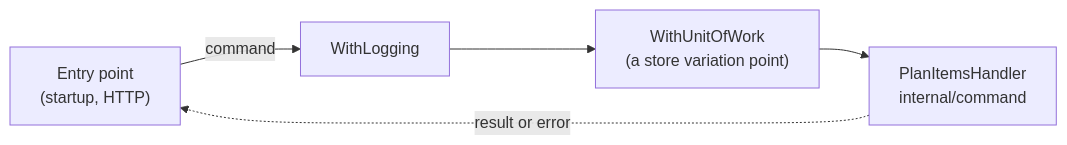
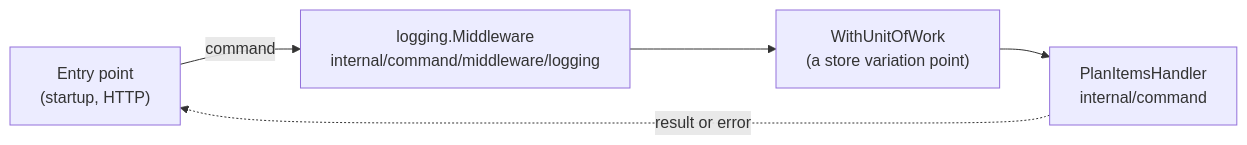
The diagram in library/architecture/go/base-plateau-in-go.skill/glossary/pipeline.md (InsonusK/ai-skills), drawn with Mermaid before and after one commit. The commit also changed other lines of this file and 16 other files, not shown here.

Commit message:
go docs: command and API middleware in packages of their own

````diff
--- a/library/architecture/go/base-plateau-in-go.skill/glossary/pipeline.md
+++ b/library/architecture/go/base-plateau-in-go.skill/glossary/pipeline.md
@@ -13,7 +13,7 @@
 ```mermaid
 flowchart LR
-    E["Entry point<br/>(startup, HTTP)"] -->|command| L["WithLogging"]
+    E["Entry point<br/>(startup, HTTP)"] -->|command| L["logging.Middleware<br/>internal/command/middleware/logging"]
     L --> U["WithUnitOfWork<br/>(a store variation point)"]
     U --> H["PlanItemsHandler<br/>internal/command"]
     H -. result or error .-> E
 ```
````
